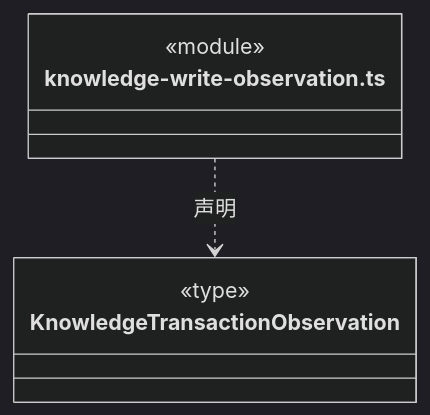
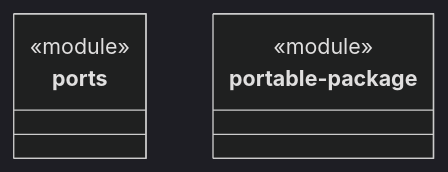
One commit to nan023062/cbim changed the second of 2 diagrams in src/logic/knowledge/rules/ARCHITECTURE.md. Above: the diagram before and after it, drawn with Mermaid (dark theme). The commit also changed other lines of this file and 158 other files, not shown here.

Commit message:
docs: model architecture through nested virtual encapsulations

````diff
--- a/src/logic/knowledge/rules/ARCHITECTURE.md
+++ b/src/logic/knowledge/rules/ARCHITECTURE.md
@@ -450,11 +52,11 @@
 ```mermaid
 classDiagram
-class N_src_logic_knowledge_rules_knowledge_write_observation_ts["knowledge-write-observation.ts"] {
+class N_46a3a7b22ab1["ports"] {
   <<module>>
 }
-class N_src_logic_knowledge_rules_knowledge_write_observation_ts_KnowledgeTransactionObservation["KnowledgeTransactionObservation"] {
-  <<type>>
-
+click N_46a3a7b22ab1 href "ports.ts"
+class N_6652180623f8["portable-package"] {
+  <<module>>
 }
-N_src_logic_knowledge_rules_knowledge_write_observation_ts ..> N_src_logic_knowledge_rules_knowledge_write_observation_ts_KnowledgeTransactionObservation : 声明
+click N_6652180623f8 href "portable-package.ts"
 ```
````
